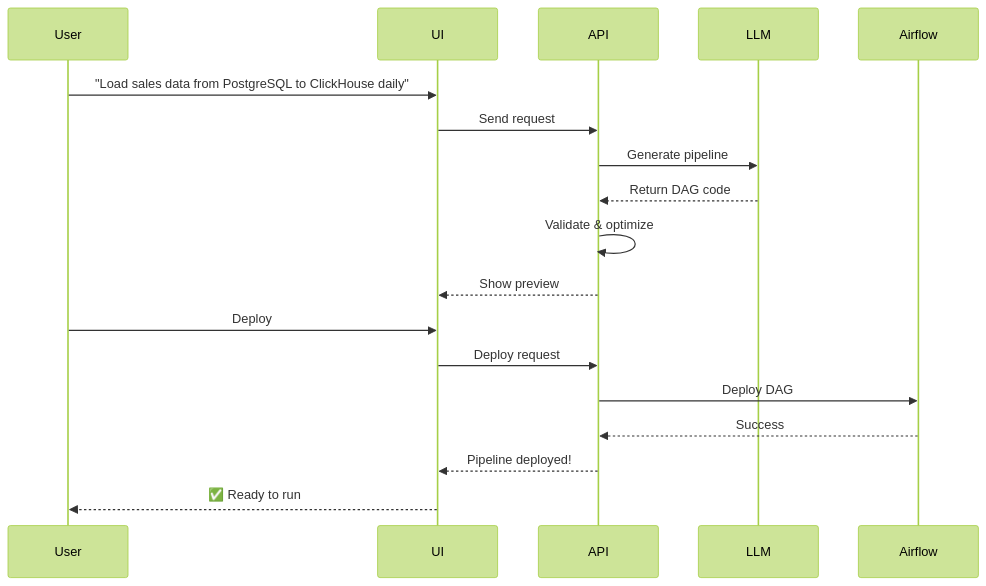
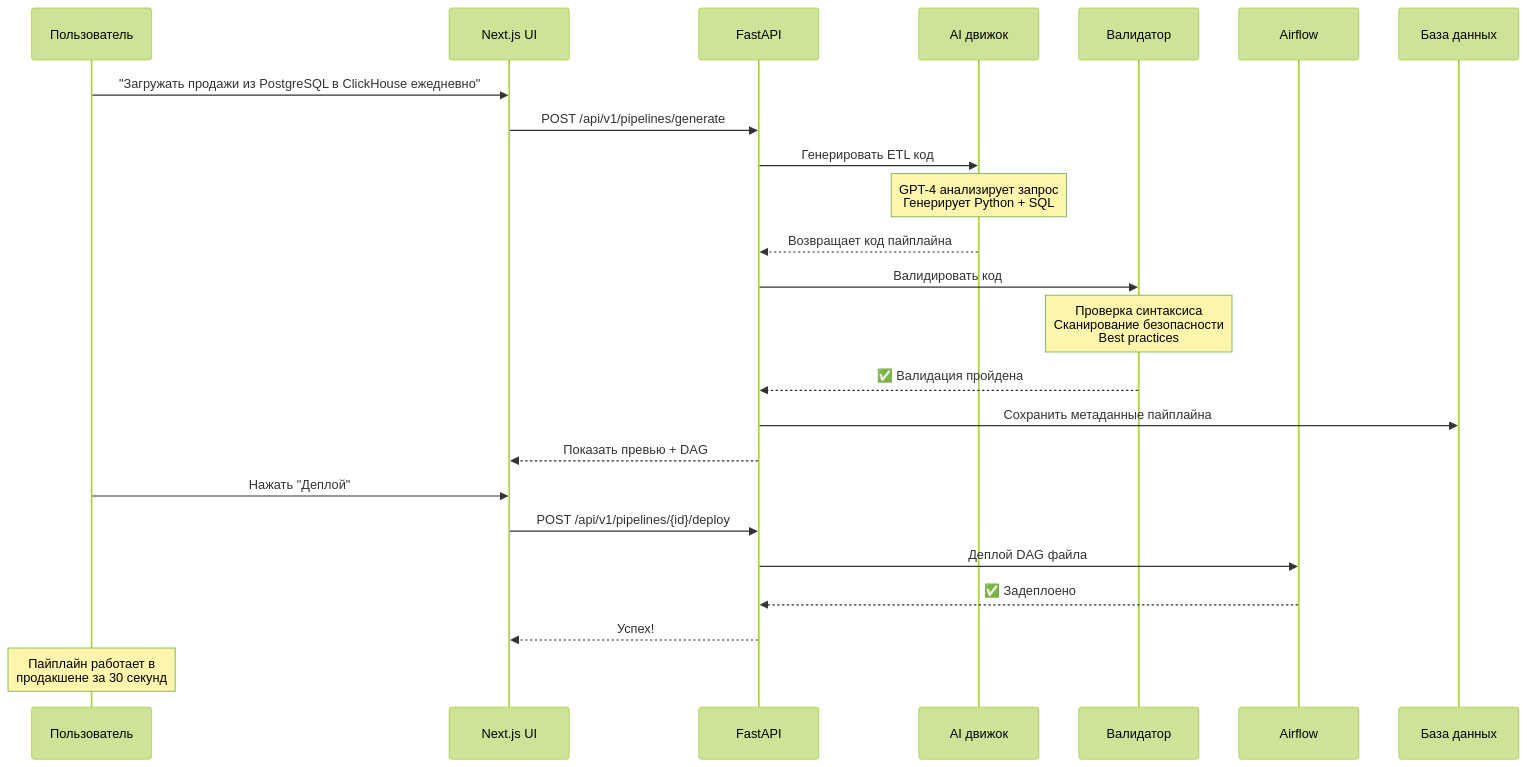
One commit to Sergey-1221/ai-etl-docs changed the second of 2 diagrams in README.md. Above: the diagram before and after it, drawn with Mermaid (forest theme). The commit also changed other lines of this file and 68 other files, not shown here.

````diff
--- a/README.md
+++ b/README.md
@@ -290,21 +319,27 @@
 ```mermaid
 sequenceDiagram
-    participant User
-    participant UI
-    participant API
-    participant LLM
-    participant Airflow
+    participant User as Пользователь
+    participant UI as Next.js UI
+    participant API as FastAPI
+    participant LLM as AI движок
+    participant VAL as Валидатор
+    participant AF as Airflow
+    participant DB as База данных
 
-    User->>UI: "Load sales data from PostgreSQL to ClickHouse daily"
-    UI->>API: Send request
-    API->>LLM: Generate pipeline
-    LLM-->>API: Return DAG code
-    API->>API: Validate & optimize
-    API-->>UI: Show preview
-    User->>UI: Deploy
-    UI->>API: Deploy request
-    API->>Airflow: Deploy DAG
-    Airflow-->>API: Success
-    API-->>UI: Pipeline deployed!
-    UI-->>User: ✅ Ready to run
+    User->>UI: "Загружать продажи из PostgreSQL в ClickHouse ежедневно"
+    UI->>API: POST /api/v1/pipelines/generate
+    API->>LLM: Генерировать ETL код
+    Note over LLM: GPT-4 анализирует запрос<br/>Генерирует Python + SQL
+    LLM-->>API: Возвращает код пайплайна
+    API->>VAL: Валидировать код
+    Note over VAL: Проверка синтаксиса<br/>Сканирование безопасности<br/>Best practices
+    VAL-->>API: ✅ Валидация пройдена
+    API->>DB: Сохранить метаданные пайплайна
+    API-->>UI: Показать превью + DAG
+    User->>UI: Нажать "Деплой"
+    UI->>API: POST /api/v1/pipelines/{id}/deploy
+    API->>AF: Деплой DAG файла
+    AF-->>API: ✅ Задеплоено
+    API-->>UI: Успех!
+    Note over User: Пайплайн работает в<br/>продакшене за 30 секунд
 ```
````
